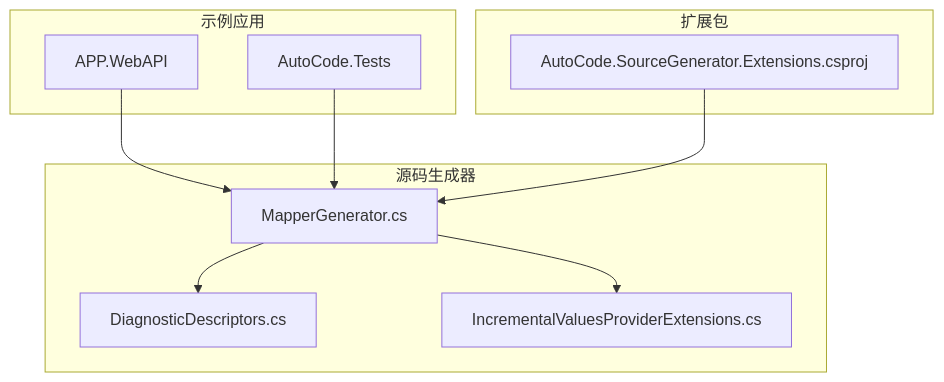
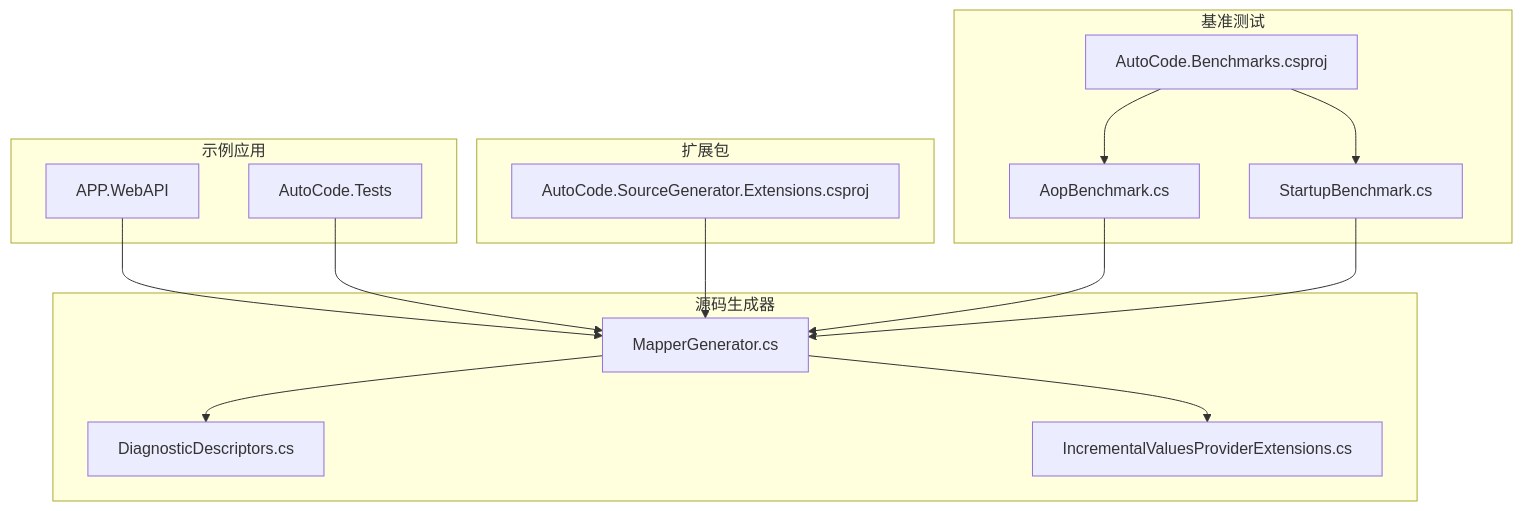
Before and after one commit to alivy/AutoCode: the first of 6 diagrams in .qoder/repowiki/zh/content/调试与诊断/性能监控与优化.md, drawn with Mermaid. The commit also changed other lines of this file and 150 other files, not shown here.

````diff
--- a/.qoder/repowiki/zh/content/调试与诊断/性能监控与优化.md
+++ b/.qoder/repowiki/zh/content/调试与诊断/性能监控与优化.md
@@ -43,20 +56,29 @@
 ```mermaid
 graph TB
 subgraph "源码生成器"
 MapGen["MapperGenerator.cs"]
 Diag["DiagnosticDescriptors.cs"]
 IncExt["IncrementalValuesProviderExtensions.cs"]
 end
 subgraph "扩展包"
 ProjExt["AutoCode.SourceGenerator.Extensions.csproj"]
 end
+subgraph "基准测试"
+AopBench["AopBenchmark.cs"]
+StartBench["StartupBenchmark.cs"]
+BenchProj["AutoCode.Benchmarks.csproj"]
+end
 subgraph "示例应用"
 WebAPI["APP.WebAPI"]
 Tests["AutoCode.Tests"]
 end
 MapGen --> IncExt
 MapGen --> Diag
 WebAPI --> MapGen
 Tests --> MapGen
 ProjExt --> MapGen
+AopBench --> MapGen
+StartBench --> MapGen
+BenchProj --> AopBench
+BenchProj --> StartBench
 ```
````
